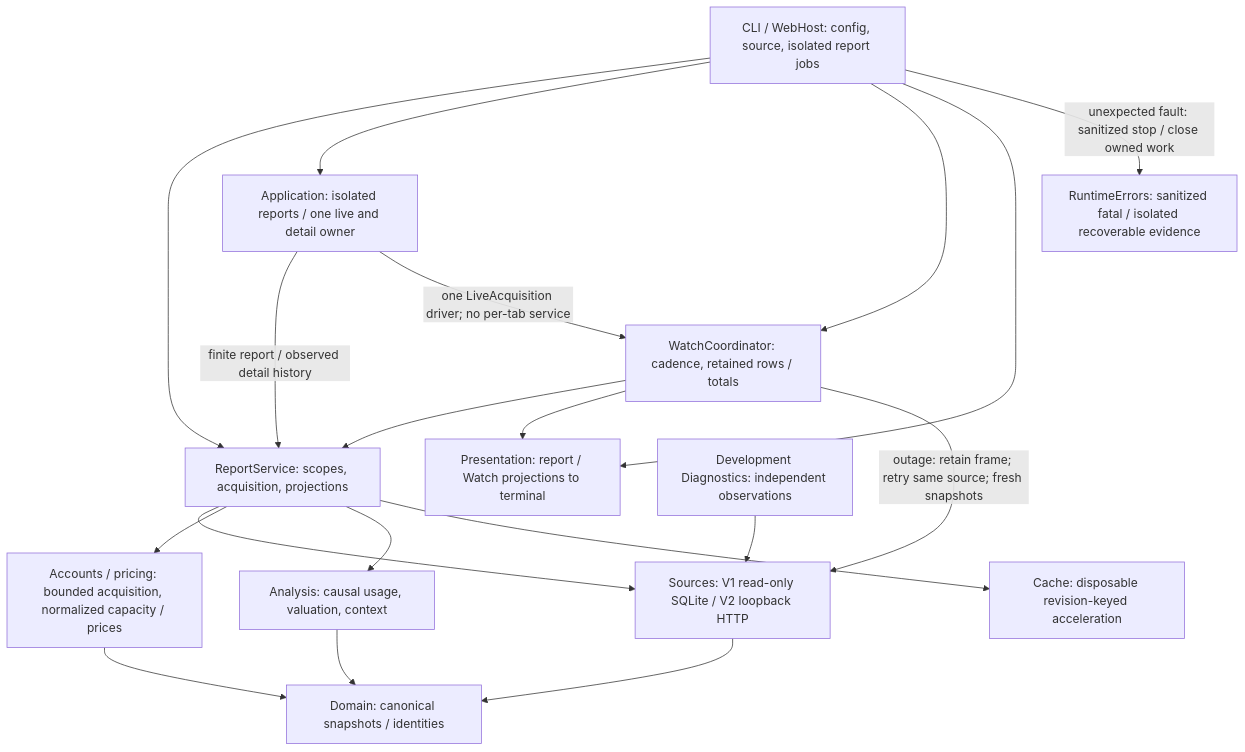
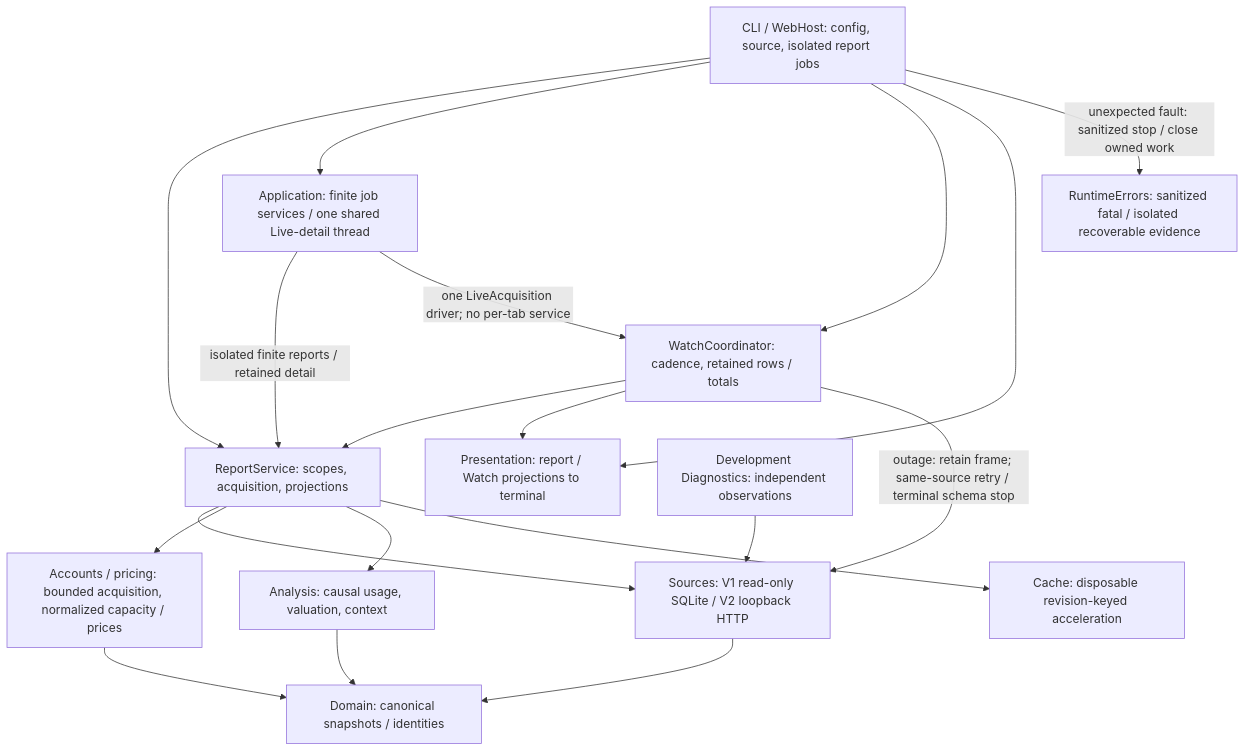
One commit to qstoffe/cost-guard changed the first of 2 diagrams in development/architecture/OVERVIEW.md. Above: the diagram before and after it, drawn with Mermaid. The commit also changed other lines of this file and 3 other files, not shown here.

Commit message:
docs: assess architecture at maintenance milestone 30 (#86)

````diff
--- a/development/architecture/OVERVIEW.md
+++ b/development/architecture/OVERVIEW.md
@@ -18,21 +18,21 @@
 ```mermaid
 flowchart TD
     entry["CLI / WebHost: config, source, isolated report jobs"] --> reports["ReportService: scopes, acquisition, projections"]
-    entry --> application["Application: isolated reports / one live and detail owner"]
-    application -->|"finite report / observed detail history"| reports
+    entry --> application["Application: finite job services / one shared Live-detail thread"]
+    application -->|"isolated finite reports / retained detail"| reports
     entry --> watch["WatchCoordinator: cadence, retained rows / totals"]
     application -->|"one LiveAcquisition driver; no per-tab service"| watch
     watch --> reports
     reports --> sources["Sources: V1 read-only SQLite / V2 loopback HTTP"]
     reports --> providers["Accounts / pricing: bounded acquisition, normalized capacity / prices"]
     sources --> domain["Domain: canonical snapshots / identities"]
     providers --> domain
     reports --> analysis["Analysis: causal usage, valuation, context"]
     analysis --> domain
     reports --> cache["Cache: disposable revision-keyed acceleration"]
     entry --> presentation["Presentation: report / Watch projections to terminal"]
     watch --> presentation
-    watch -->|"outage: retain frame; retry same source; fresh snapshots"| sources
+    watch -->|"outage: retain frame; same-source retry / terminal schema stop"| sources
     entry -->|"unexpected fault: sanitized stop / close owned work"| faults["RuntimeErrors: sanitized fatal / isolated recoverable evidence"]
     diagnostics["Development Diagnostics: independent observations"] --> sources
 ```
````
